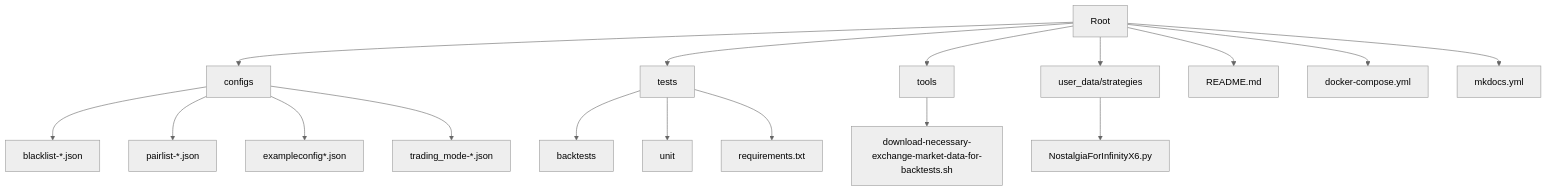
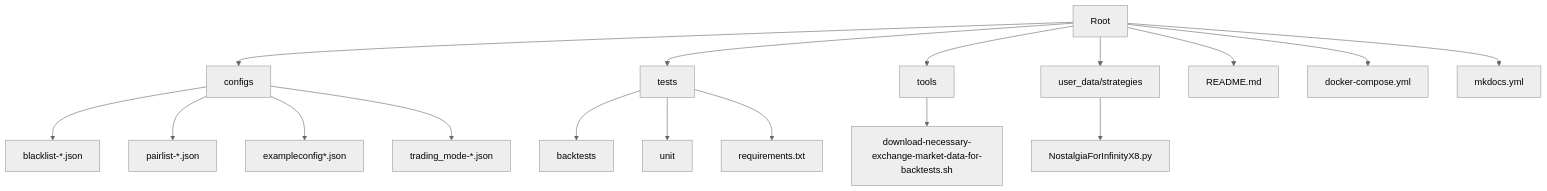
One commit to iterativv/NostalgiaForInfinity changed the first of 7 diagrams in docs/project-overview.md. Above: the diagram before and after it, drawn with Mermaid (neutral theme). The commit also changed other lines of this file and 49 other files, not shown here.

````diff
--- a/docs/project-overview.md
+++ b/docs/project-overview.md
@@ -41,19 +41,19 @@
 ```mermaid
 graph TD
 A[Root] --> B[configs]
 A --> C[tests]
 A --> D[tools]
 A --> E[user_data/strategies]
 A --> F[README.md]
 A --> G[docker-compose.yml]
 A --> H[mkdocs.yml]
 B --> B1[blacklist-*.json]
 B --> B2[pairlist-*.json]
 B --> B3[exampleconfig*.json]
 B --> B4[trading_mode-*.json]
 C --> C1[backtests]
 C --> C2[unit]
 C --> C3[requirements.txt]
 D --> D1[download-necessary-exchange-market-data-for-backtests.sh]
-E --> E1[NostalgiaForInfinityX6.py]
+E --> E1[NostalgiaForInfinityX8.py]
 ```
````
